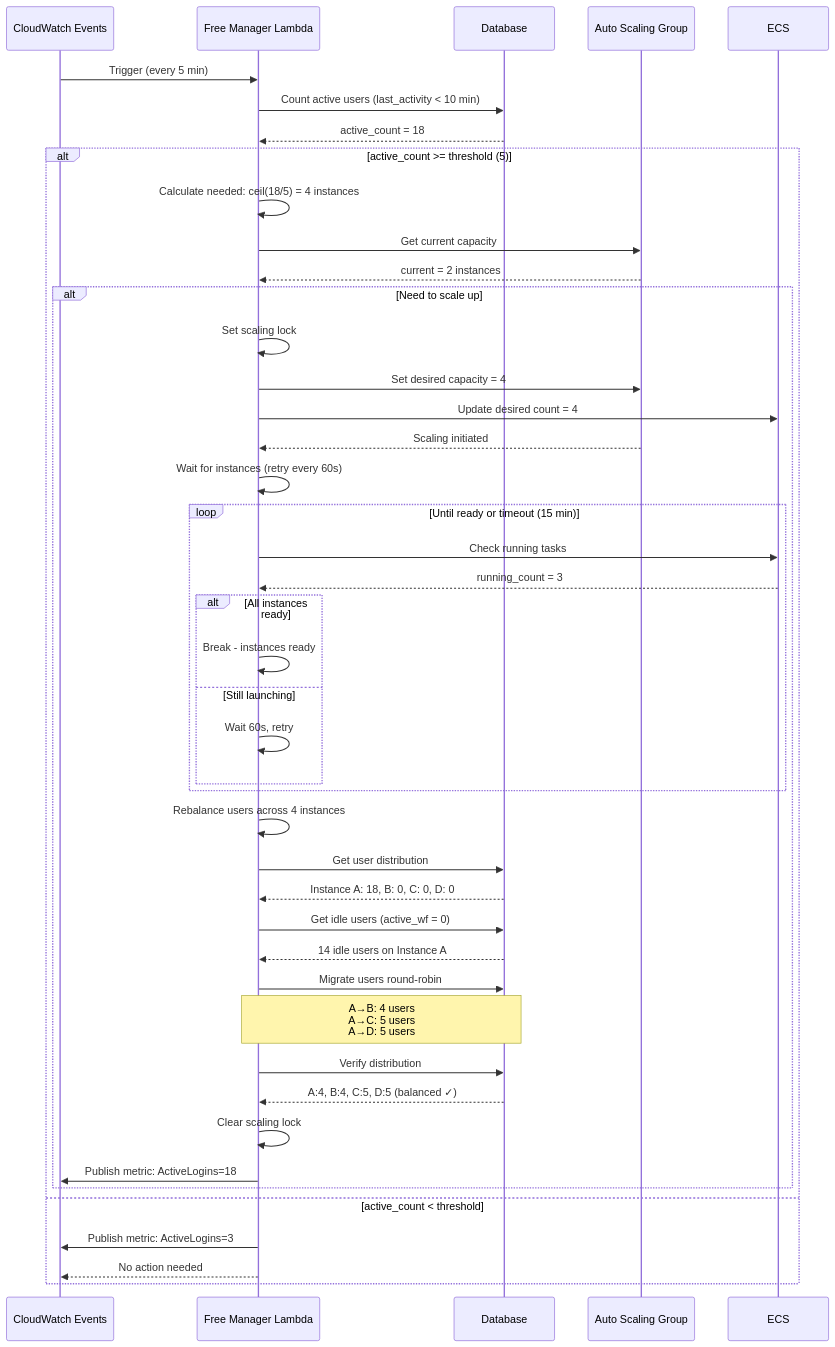
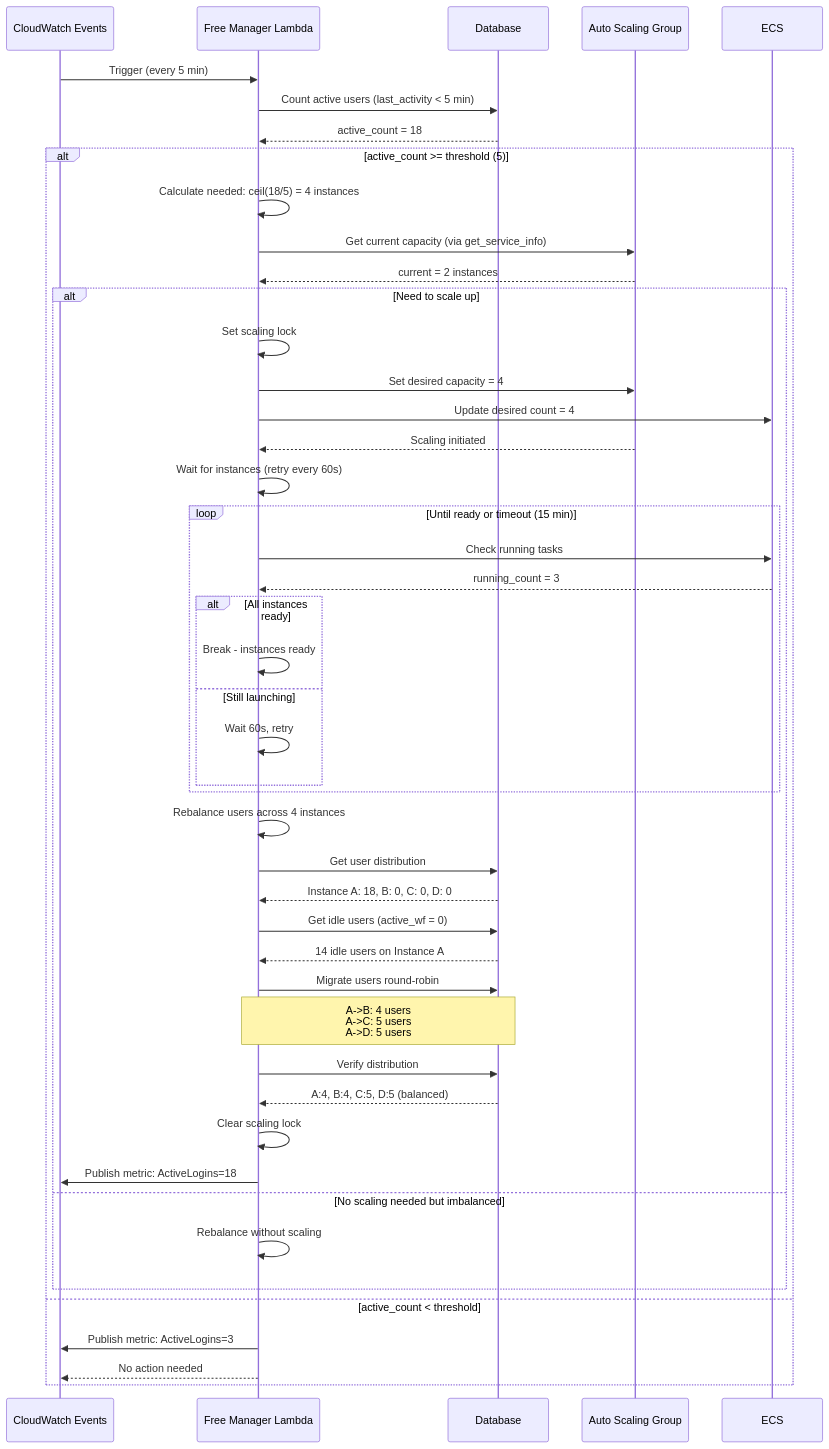
One commit to arayabrain/araya-optinist changed the second of 4 diagrams in infrastructure/documentation/FREE_MANAGER_ARCHITECTURE.md. Above: the diagram before and after it, drawn with Mermaid. The commit also changed other lines of this file and 11 other files, not shown here.

````diff
--- a/infrastructure/documentation/FREE_MANAGER_ARCHITECTURE.md
+++ b/infrastructure/documentation/FREE_MANAGER_ARCHITECTURE.md
@@ -121,55 +138,58 @@
 ```mermaid
 sequenceDiagram
     participant CW as CloudWatch Events
     participant FM as Free Manager Lambda
     participant DB as Database
     participant ASG as Auto Scaling Group
     participant ECS
 
     CW->>FM: Trigger (every 5 min)
-    FM->>DB: Count active users (last_activity < 10 min)
+    FM->>DB: Count active users (last_activity < 5 min)
     DB-->>FM: active_count = 18
 
     alt active_count >= threshold (5)
         FM->>FM: Calculate needed: ceil(18/5) = 4 instances
-        FM->>ASG: Get current capacity
+        FM->>ASG: Get current capacity (via get_service_info)
         ASG-->>FM: current = 2 instances
 
         alt Need to scale up
             FM->>FM: Set scaling lock
             FM->>ASG: Set desired capacity = 4
             FM->>ECS: Update desired count = 4
             ASG-->>FM: Scaling initiated
 
             FM->>FM: Wait for instances (retry every 60s)
             loop Until ready or timeout (15 min)
                 FM->>ECS: Check running tasks
                 ECS-->>FM: running_count = 3
                 alt All instances ready
                     FM->>FM: Break - instances ready
                 else Still launching
                     FM->>FM: Wait 60s, retry
                 end
             end
 
             FM->>FM: Rebalance users across 4 instances
             FM->>DB: Get user distribution
             DB-->>FM: Instance A: 18, B: 0, C: 0, D: 0
 
             FM->>DB: Get idle users (active_wf = 0)
             DB-->>FM: 14 idle users on Instance A
 
             FM->>DB: Migrate users round-robin
-            Note over FM,DB: A→B: 4 users<br/>A→C: 5 users<br/>A→D: 5 users
+            Note over FM,DB: A->B: 4 users<br/>A->C: 5 users<br/>A->D: 5 users
 
             FM->>DB: Verify distribution
-            DB-->>FM: A:4, B:4, C:5, D:5 (balanced ✓)
+            DB-->>FM: A:4, B:4, C:5, D:5 (balanced)
 
             FM->>FM: Clear scaling lock
             FM->>CW: Publish metric: ActiveLogins=18
+
+        else No scaling needed but imbalanced
+            FM->>FM: Rebalance without scaling
         end
     else active_count < threshold
         FM->>CW: Publish metric: ActiveLogins=3
         FM-->>CW: No action needed
     end
 ```
````
